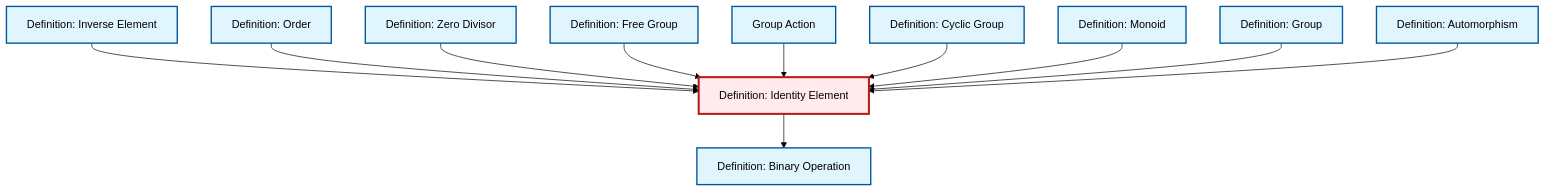
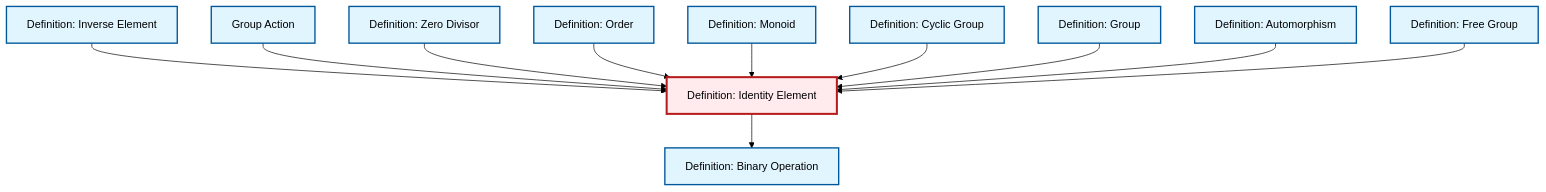
The diagram in content/en/algebra/def-identity-element.qmd (RK0429/ModernMath), drawn with Mermaid (forest theme) before and after one commit. The commit also changed other lines of this file and 328 other files, not shown here.

````diff
--- a/content/en/algebra/def-identity-element.qmd
+++ b/content/en/algebra/def-identity-element.qmd
@@ -77,41 +77,41 @@
 ```{mermaid}
 %%| fig-cap: "Local dependency graph"
 graph TD
     classDef definition fill:#e1f5fe,stroke:#01579b,stroke-width:2px
     classDef theorem fill:#f3e5f5,stroke:#4a148c,stroke-width:2px
     classDef axiom fill:#fff3e0,stroke:#e65100,stroke-width:2px
     classDef example fill:#e8f5e9,stroke:#1b5e20,stroke-width:2px
     classDef current fill:#ffebee,stroke:#b71c1c,stroke-width:3px
+    def-zero-divisor["Definition: Zero Divisor"]:::definition
+    def-automorphism["Definition: Automorphism"]:::definition
+    def-identity-element["Definition: Identity Element"]:::definition
+    def-group-action["Group Action"]:::definition
+    def-order["Definition: Order"]:::definition
+    def-cyclic-group["Definition: Cyclic Group"]:::definition
     def-inverse-element["Definition: Inverse Element"]:::definition
-    def-cyclic-group["Definition: Cyclic Group"]:::definition
-    def-order["Definition: Order"]:::definition
+    def-group["Definition: Group"]:::definition
     def-binary-operation["Definition: Binary Operation"]:::definition
-    def-automorphism["Definition: Automorphism"]:::definition
     def-monoid["Definition: Monoid"]:::definition
     def-free-group["Definition: Free Group"]:::definition
-    def-zero-divisor["Definition: Zero Divisor"]:::definition
-    def-identity-element["Definition: Identity Element"]:::definition
-    def-group["Definition: Group"]:::definition
-    def-group-action["Group Action"]:::definition
     def-inverse-element --> def-identity-element
+    def-group-action --> def-identity-element
+    def-zero-divisor --> def-identity-element
     def-order --> def-identity-element
-    def-zero-divisor --> def-identity-element
-    def-free-group --> def-identity-element
-    def-group-action --> def-identity-element
+    def-identity-element --> def-binary-operation
+    def-monoid --> def-identity-element
     def-cyclic-group --> def-identity-element
-    def-monoid --> def-identity-element
-    def-identity-element --> def-binary-operation
     def-group --> def-identity-element
     def-automorphism --> def-identity-element
+    def-free-group --> def-identity-element
     class def-identity-element current
+    click def-zero-divisor "def-zero-divisor.html" "Go to Zero Divisor definition"
+    click def-automorphism "def-automorphism.html" "Go to Automorphism definition"
+    click def-group-action "def-group-action.html" "Go to Group Action"
+    click def-order "def-order.html" "Go to Order definition"
+    click def-cyclic-group "def-cyclic-group.html" "Go to Cyclic Group definition"
     click def-inverse-element "def-inverse-element.html" "Go to Inverse Element definition"
-    click def-cyclic-group "def-cyclic-group.html" "Go to Cyclic Group definition"
-    click def-order "def-order.html" "Go to Order definition"
+    click def-group "def-group.html" "Go to Group definition"
     click def-binary-operation "def-binary-operation.html" "Go to Binary Operation definition"
-    click def-automorphism "def-automorphism.html" "Go to Automorphism definition"
     click def-monoid "def-monoid.html" "Go to Monoid definition"
     click def-free-group "def-free-group.html" "Go to Free Group definition"
-    click def-zero-divisor "def-zero-divisor.html" "Go to Zero Divisor definition"
-    click def-group "def-group.html" "Go to Group definition"
-    click def-group-action "def-group-action.html" "Go to Group Action"
 ```
````
